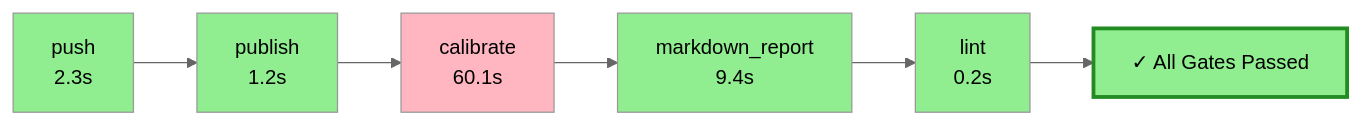
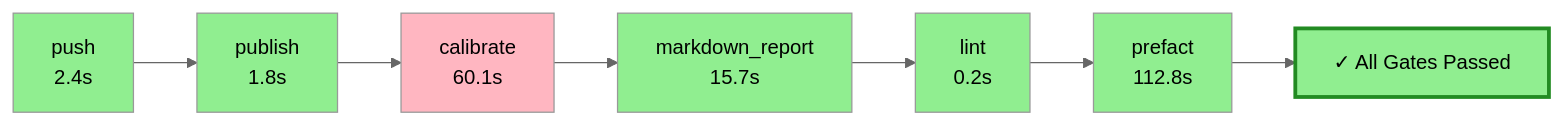
Before and after one commit to wronai/fixos: the diagram in .pyqual/report.md, drawn with Mermaid (neutral theme). The commit also changed other lines of this file and 4 other files, not shown here.

````diff
--- a/.pyqual/report.md
+++ b/.pyqual/report.md
@@ -10,20 +10,23 @@
 ```mermaid
 flowchart LR
-    S0["push<br/>2.3s"]
+    S0["push<br/>2.4s"]
     style S0 fill:#90EE90
-    S1["publish<br/>1.2s"]
+    S1["publish<br/>1.8s"]
     style S1 fill:#90EE90
     S0 --> S1
     S2["calibrate<br/>60.1s"]
     style S2 fill:#FFB6C1
     S1 --> S2
-    S3["markdown_report<br/>9.4s"]
+    S3["markdown_report<br/>15.7s"]
     style S3 fill:#90EE90
     S2 --> S3
     S4["lint<br/>0.2s"]
     style S4 fill:#90EE90
     S3 --> S4
+    S5["prefact<br/>112.8s"]
+    style S5 fill:#90EE90
+    S4 --> S5
     G["✓ All Gates Passed"]
     style G fill:#90EE90,stroke:#228B22,stroke-width:3px
-    S4 --> G
+    S5 --> G
 ```
````
